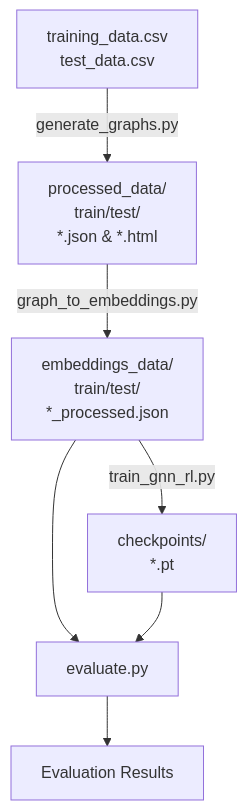
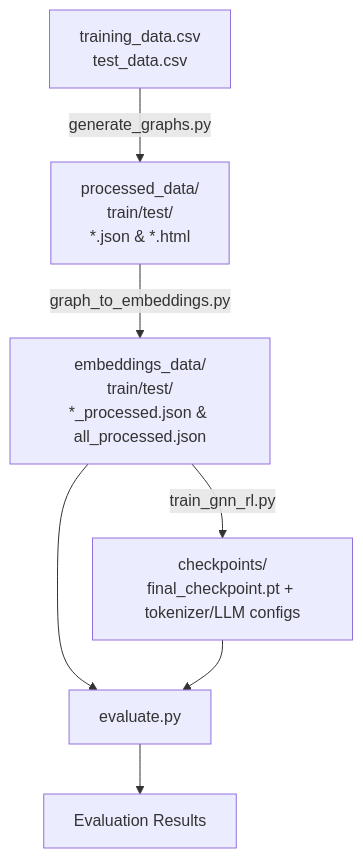
The first of 2 diagrams in stepmodel/DOCUMENTATION.md (sagarikachavan/Research), drawn with Mermaid before and after one commit. The commit also changed other lines of this file and 9 other files, not shown here.

````diff
--- a/stepmodel/DOCUMENTATION.md
+++ b/stepmodel/DOCUMENTATION.md
@@ -246,9 +258,9 @@
 ```mermaid
 graph TD
     A[training_data.csv<br>test_data.csv] -->|generate_graphs.py| B[processed_data/<br>train/test/<br>*.json & *.html]
-    B -->|graph_to_embeddings.py| C[embeddings_data/<br>train/test/<br>*_processed.json]
-    C -->|train_gnn_rl.py| D[checkpoints/<br>*.pt]
+    B -->|graph_to_embeddings.py| C[embeddings_data/<br>train/test/<br>*_processed.json & all_processed.json]
+    C -->|train_gnn_rl.py| D[checkpoints/<br>final_checkpoint.pt + tokenizer/LLM configs]
     C --> E[evaluate.py]
     D --> E
     E --> F[Evaluation Results]
 ```
````
